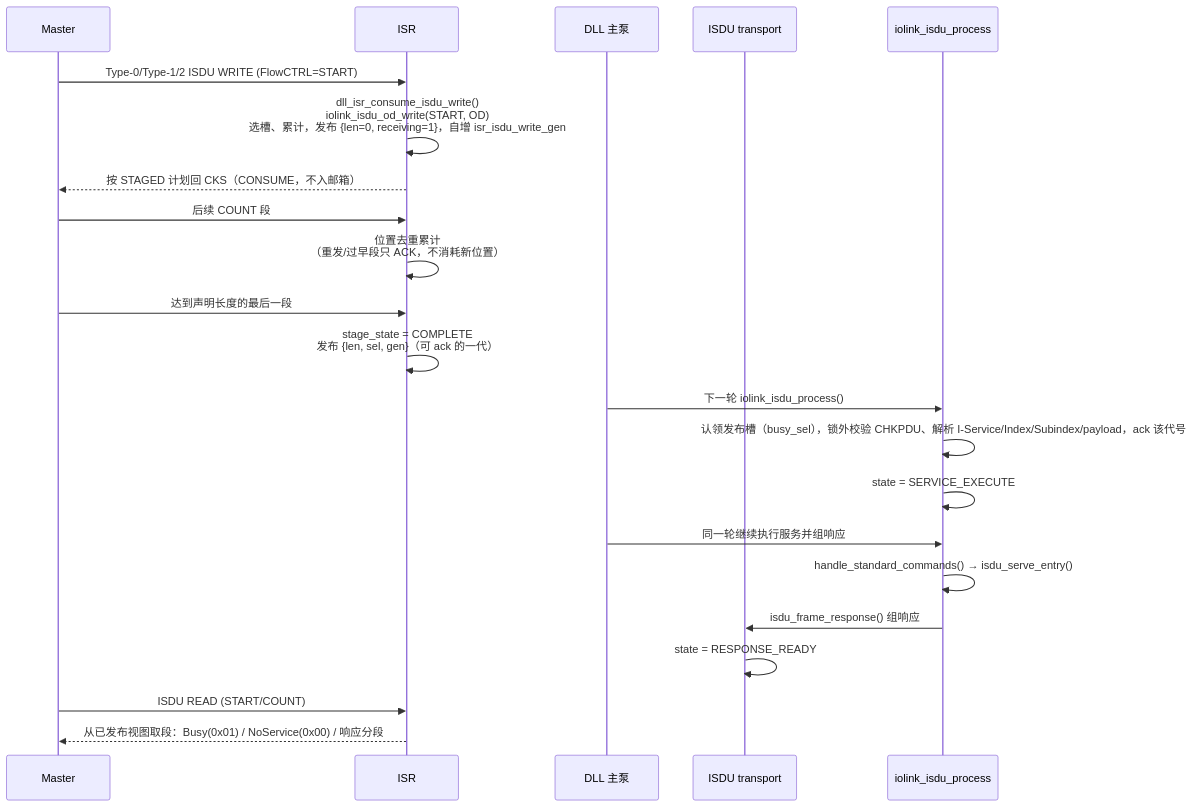
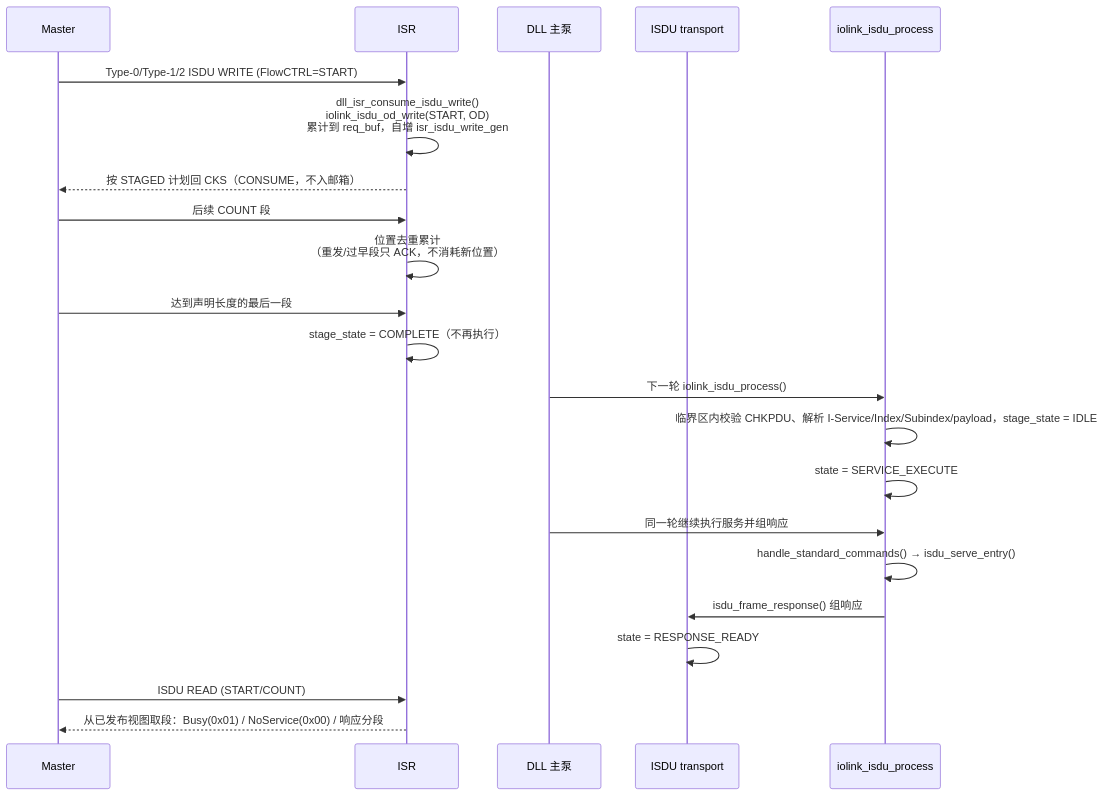
Before and after one commit to Adlyq/iolinki: the tenth of 17 diagrams in docs/CODE_FLOW.md, drawn with Mermaid. The commit also changed other lines of this file and 29 other files, not shown here.

````diff
--- a/docs/CODE_FLOW.md
+++ b/docs/CODE_FLOW.md
@@ -528,25 +528,25 @@
 ```mermaid
 sequenceDiagram
     participant M as Master
     participant I as ISR
     participant D as DLL 主泵
     participant T as ISDU transport
     participant S as iolink_isdu_process
 
     M->>I: Type-0/Type-1/2 ISDU WRITE (FlowCTRL=START)
-    I->>I: dll_isr_consume_isdu_write()<br/>iolink_isdu_od_write(START, OD)<br/>选槽、累计，发布 {len=0, receiving=1}，自增 isr_isdu_write_gen
+    I->>I: dll_isr_consume_isdu_write()<br/>iolink_isdu_od_write(START, OD)<br/>累计到 req_buf，自增 isr_isdu_write_gen
     I-->>M: 按 STAGED 计划回 CKS（CONSUME，不入邮箱）
     M->>I: 后续 COUNT 段
     I->>I: 位置去重累计<br/>（重发/过早段只 ACK，不消耗新位置）
     M->>I: 达到声明长度的最后一段
-    I->>I: stage_state = COMPLETE<br/>发布 {len, sel, gen}（可 ack 的一代）
+    I->>I: stage_state = COMPLETE（不再执行）
     D->>S: 下一轮 iolink_isdu_process()
-    S->>S: 认领发布槽（busy_sel），锁外校验 CHKPDU、解析 I-Service/Index/Subindex/payload，ack 该代号
+    S->>S: 临界区内校验 CHKPDU、解析 I-Service/Index/Subindex/payload，stage_state = IDLE
     S->>S: state = SERVICE_EXECUTE
     D->>S: 同一轮继续执行服务并组响应
     S->>S: handle_standard_commands() → isdu_serve_entry()
     S->>T: isdu_frame_response() 组响应
     T->>T: state = RESPONSE_READY
     M->>I: ISDU READ (START/COUNT)
     I-->>M: 从已发布视图取段：Busy(0x01) / NoService(0x00) / 响应分段
 ```
````
